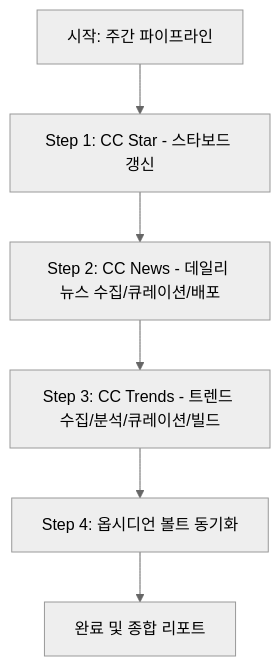
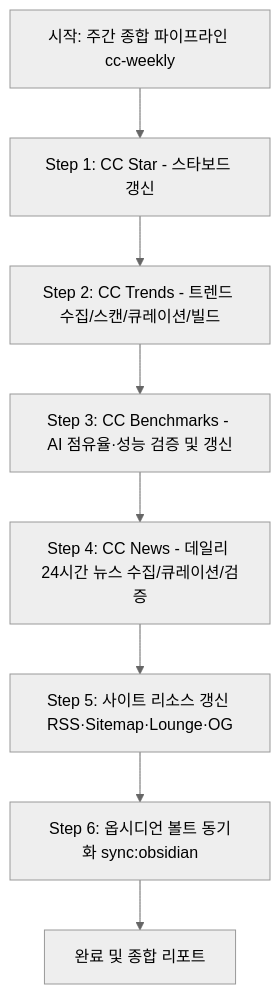
One commit to ldk-hub/ai-weekly changed the diagram in .claude/skills/cc-weekly/SKILL.md. Above: the diagram before and after it, drawn with Mermaid (neutral theme). The commit also changed other lines of this file and 6 other files, not shown here.

First line of the commit message:
feat(skills): cc-weekly에 AI 점유율·성능(cc-benchmarks) 편입 및 스킬 체계 전면 재편

````diff
--- a/.claude/skills/cc-weekly/SKILL.md
+++ b/.claude/skills/cc-weekly/SKILL.md
@@ -14,8 +14,10 @@
 ```mermaid
 graph TD
-    A[시작: 주간 파이프라인] --> B[Step 1: CC Star - 스타보드 갱신]
-    B --> C[Step 2: CC News - 데일리 뉴스 수집/큐레이션/배포]
-    C --> D[Step 3: CC Trends - 트렌드 수집/분석/큐레이션/빌드]
-    D --> E[Step 4: 옵시디언 볼트 동기화]
-    E --> F[완료 및 종합 리포트]
+    A[시작: 주간 종합 파이프라인 cc-weekly] --> B[Step 1: CC Star - 스타보드 갱신]
+    B --> C[Step 2: CC Trends - 트렌드 수집/스캔/큐레이션/빌드]
+    C --> D[Step 3: CC Benchmarks - AI 점유율·성능 검증 및 갱신]
+    D --> E[Step 4: CC News - 데일리 24시간 뉴스 수집/큐레이션/검증]
+    E --> F[Step 5: 사이트 리소스 갱신 RSS·Sitemap·Lounge·OG]
+    F --> G[Step 6: 옵시디언 볼트 동기화 sync:obsidian]
+    G --> H[완료 및 종합 리포트]
 ```
````
